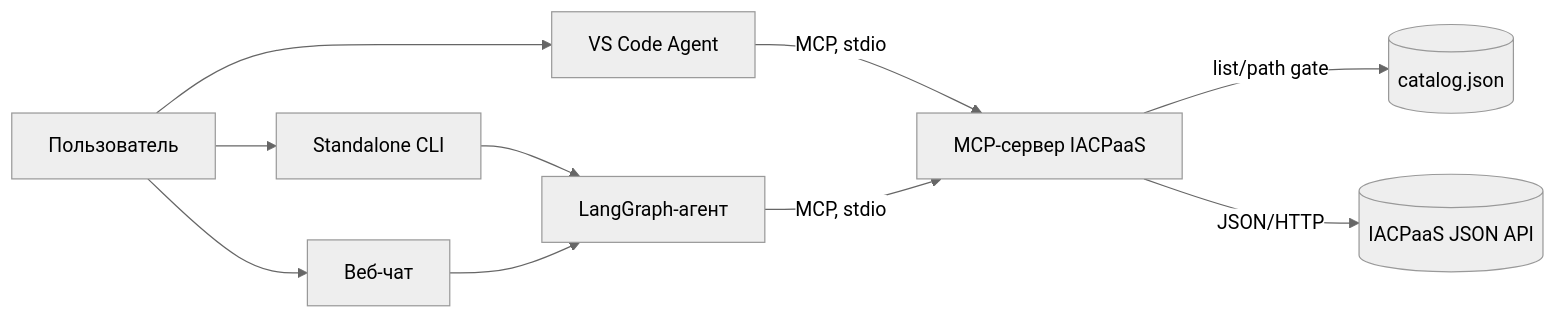
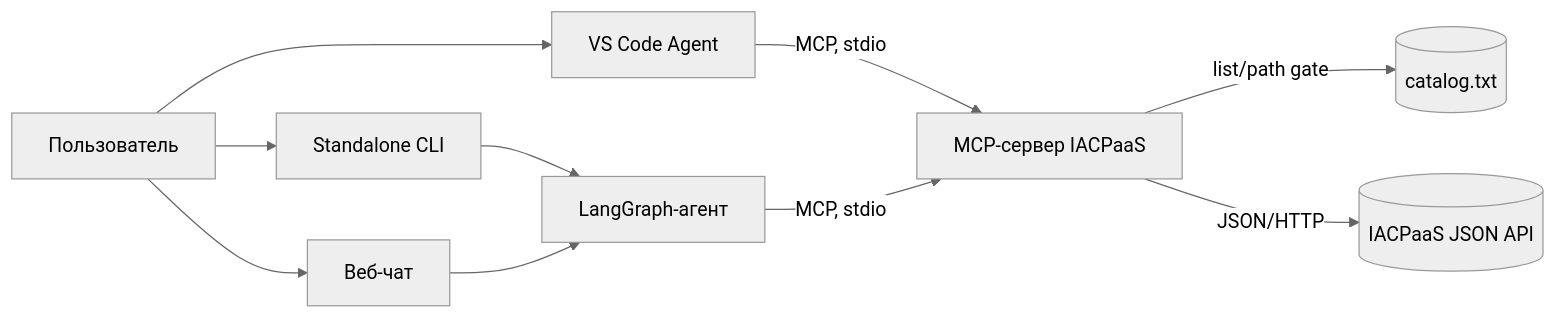
One commit to Mariositys/IACPaaS-MCP-Agent changed the first of 2 diagrams in docs/architecture.md. Above: the diagram before and after it, drawn with Mermaid (neutral theme). The commit also changed other lines of this file and 15 other files, not shown here.

Commit message:
Refactor resource catalog from JSON to text format

````diff
--- a/docs/architecture.md
+++ b/docs/architecture.md
@@ -8,12 +8,12 @@
 ```mermaid
 flowchart LR
   U[Пользователь] --> V[VS Code Agent]
   U --> S[Standalone CLI]
   U --> W[Веб-чат]
   V -->|MCP, stdio| M[MCP-сервер IACPaaS]
   S --> A[LangGraph-агент]
   W --> A
   A -->|MCP, stdio| M
-  M -->|list/path gate| K[(catalog.json)]
+  M -->|list/path gate| K[(catalog.txt)]
   M -->|JSON/HTTP| P[(IACPaaS JSON API)]
 ```
````
